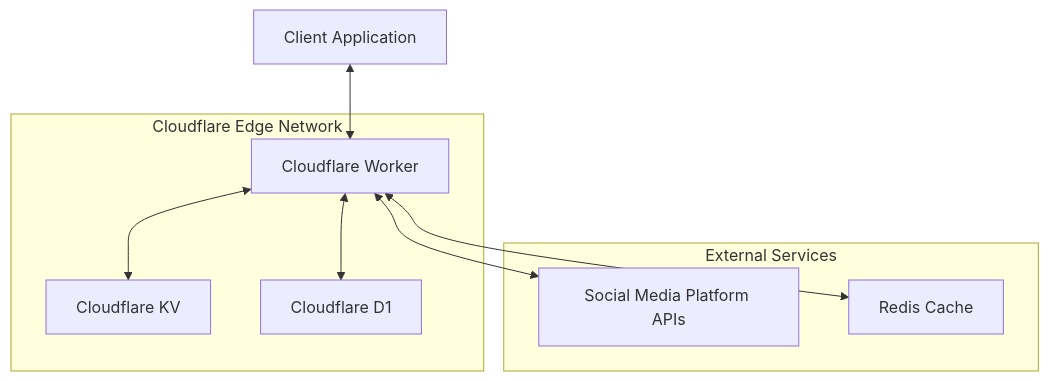
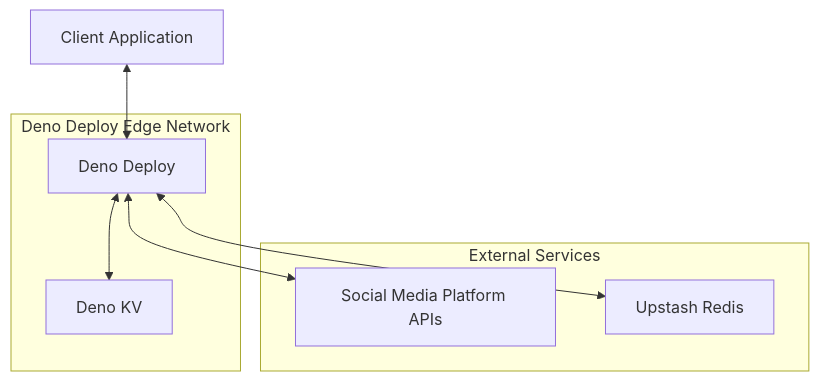
The first of 17 diagrams in memory-bank/systemPatterns.md (open-crosspost/open-crosspost-proxy-service), drawn with Mermaid before and after one commit. The commit also changed other lines of this file and 13 other files, not shown here.

````diff
--- a/memory-bank/systemPatterns.md
+++ b/memory-bank/systemPatterns.md
@@ -7,19 +7,17 @@
 ```mermaid
 flowchart TD
-    Client[Client Application] <--> Worker[Cloudflare Worker]
+    Client[Client Application] <--> Worker[Deno Deploy]
     Worker <--> Platform[Social Media Platform APIs]
-    Worker <--> KV[Cloudflare KV]
-    Worker <--> D1[Cloudflare D1]
-    Worker <--> Redis[Redis Cache]
+    Worker <--> KV[Deno KV]
+    Worker <--> Redis[Upstash Redis]
     
-    subgraph "Cloudflare Edge Network"
+    subgraph "Deno Deploy Edge Network"
         Worker
         KV
-        D1
     end
     
     subgraph "External Services"
         Platform
         Redis
     end
 ```
````
